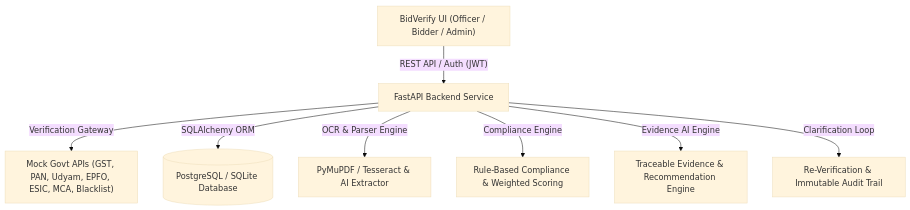
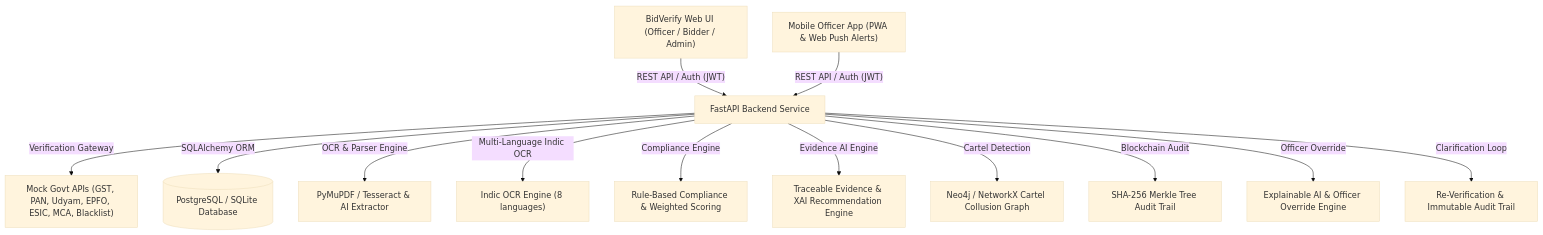
The diagram in README.md (Yogeshsingh123-LAB/-AI-Powered-Integrated-Bid-Compliance-Verification-Platform-for-GeM-Procurement), drawn with Mermaid (base theme) before and after one commit. The commit also changed other lines of this file and 5 other files, not shown here.

````diff
--- a/README.md
+++ b/README.md
@@ -103,10 +135,15 @@
 ```mermaid
 flowchart TD
-    A["BidVerify UI (Officer / Bidder / Admin)"] -->|"REST API / Auth (JWT)"| B["FastAPI Backend Service"]
+    A["BidVerify Web UI (Officer / Bidder / Admin)"] -->|"REST API / Auth (JWT)"| B["FastAPI Backend Service"]
+    A2["Mobile Officer App (PWA & Web Push Alerts)"] -->|"REST API / Auth (JWT)"| B
     B -->|"Verification Gateway"| G["Mock Govt APIs (GST, PAN, Udyam, EPFO, ESIC, MCA, Blacklist)"]
     B -->|"SQLAlchemy ORM"| C[("PostgreSQL / SQLite Database")]
     B -->|"OCR & Parser Engine"| F["PyMuPDF / Tesseract & AI Extractor"]
+    B -->|"Multi-Language Indic OCR"| F2["Indic OCR Engine (8 languages)"]
     B -->|"Compliance Engine"| H["Rule-Based Compliance & Weighted Scoring"]
-    B -->|"Evidence AI Engine"| I["Traceable Evidence & Recommendation Engine"]
+    B -->|"Evidence AI Engine"| I["Traceable Evidence & XAI Recommendation Engine"]
+    B -->|"Cartel Detection"| K["Neo4j / NetworkX Cartel Collusion Graph"]
+    B -->|"Blockchain Audit"| L["SHA-256 Merkle Tree Audit Trail"]
+    B -->|"Officer Override"| M["Explainable AI & Officer Override Engine"]
     B -->|"Clarification Loop"| J["Re-Verification & Immutable Audit Trail"]
 ```
````
